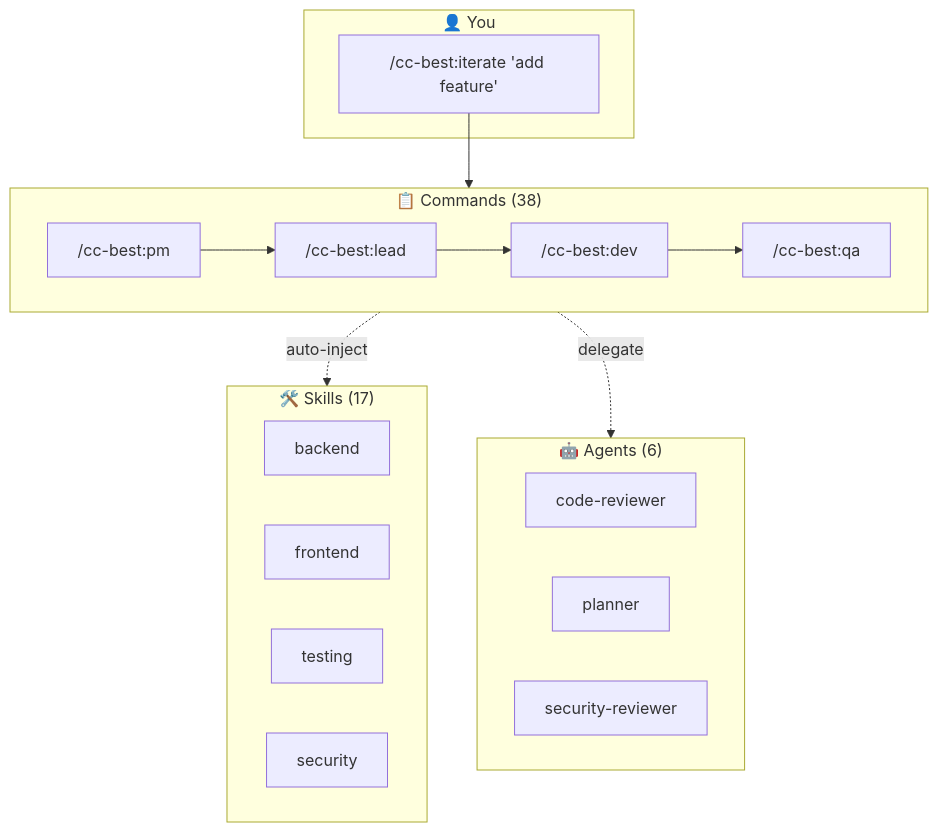
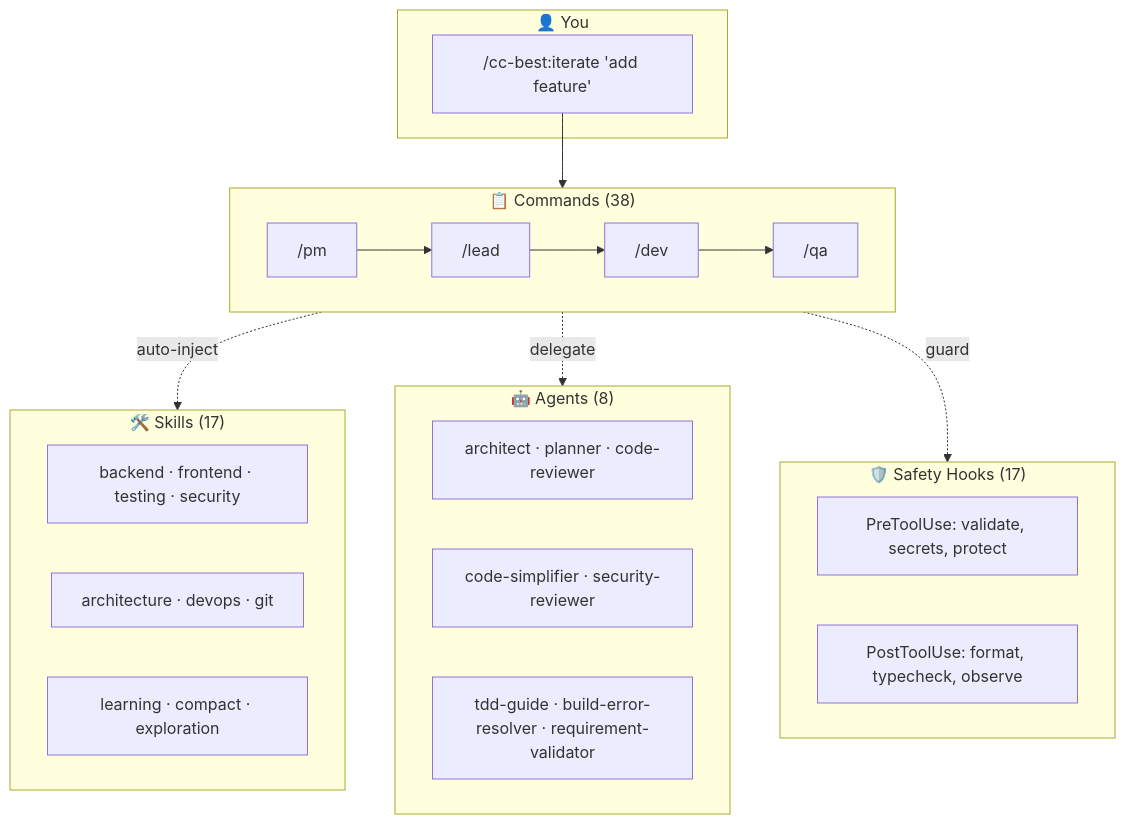
Before and after one commit to xiaobei930/cc-best: the second of 2 diagrams in README.md, drawn with Mermaid. The commit also changed other lines of this file and 17 other files, not shown here.

````diff
--- a/README.md
+++ b/README.md
@@ -260,27 +352,32 @@
 ```mermaid
 flowchart TB
     subgraph User["👤 You"]
         CMD["/cc-best:iterate 'add feature'"]
     end
 
     subgraph Commands["📋 Commands (38)"]
-        PM["/cc-best:pm"] --> Lead["/cc-best:lead"] --> Dev["/cc-best:dev"] --> QA["/cc-best:qa"]
+        PM["/pm"] --> Lead["/lead"] --> Dev["/dev"] --> QA["/qa"]
     end
 
     subgraph Skills["🛠️ Skills (17)"]
-        S1["backend"]
-        S2["frontend"]
-        S3["testing"]
-        S4["security"]
+        S1["backend · frontend · testing · security"]
+        S2["architecture · devops · git"]
+        S3["learning · compact · exploration"]
     end
 
-    subgraph Agents["🤖 Agents (6)"]
-        A1["code-reviewer"]
-        A2["planner"]
-        A3["security-reviewer"]
+    subgraph Agents["🤖 Agents (8)"]
+        A1["architect · planner · code-reviewer"]
+        A2["code-simplifier · security-reviewer"]
+        A3["tdd-guide · build-error-resolver · requirement-validator"]
+    end
+
+    subgraph Safety["🛡️ Safety Hooks (17)"]
+        H1["PreToolUse: validate, secrets, protect"]
+        H2["PostToolUse: format, typecheck, observe"]
     end
 
     CMD --> Commands
     Commands -.->|"auto-inject"| Skills
     Commands -.->|"delegate"| Agents
+    Commands -.->|"guard"| Safety
 ```
````
